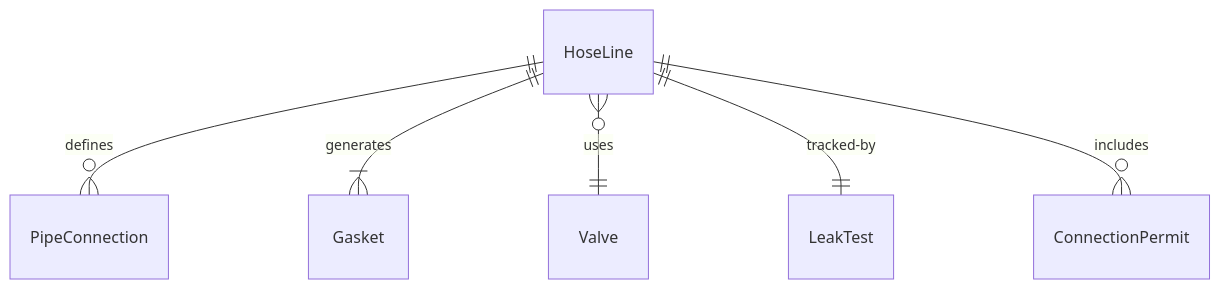
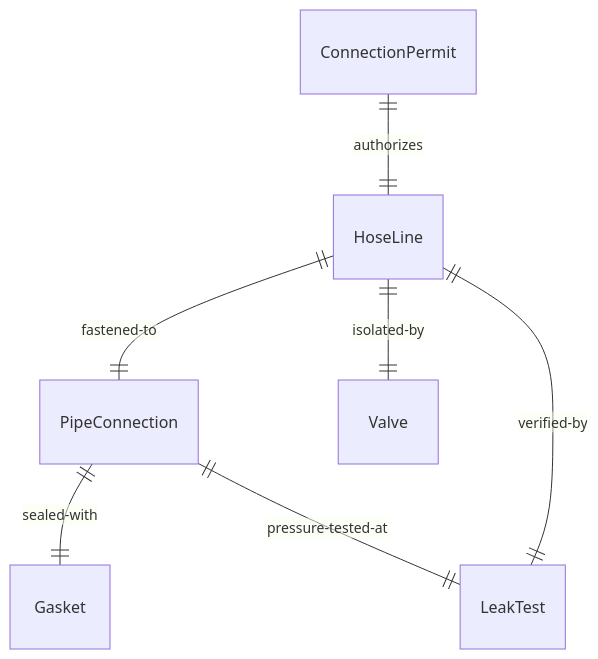
One commit to dot-org-ai/tasks.org.ai changed the first of 4 diagrams in HandlingAndMovingObjects/ConnectComponentsOrSupplyLinesToEquipmentOrTools/ConnectHosesEquipmentPiping.mdx. Above: the diagram before and after it, drawn with Mermaid. The commit also changed other lines of this file and 515 other files, not shown here.

````diff
--- a/HandlingAndMovingObjects/ConnectComponentsOrSupplyLinesToEquipmentOrTools/ConnectHosesEquipmentPiping.mdx
+++ b/HandlingAndMovingObjects/ConnectComponentsOrSupplyLinesToEquipmentOrTools/ConnectHosesEquipmentPiping.mdx
@@ -85,8 +85,9 @@
 ```mermaid
 erDiagram
-    HoseLine ||--o{ PipeConnection : "defines"
-    HoseLine ||--|{ Gasket : "generates"
-    HoseLine }o--|| Valve : "uses"
-    HoseLine ||--|| LeakTest : "tracked-by"
-    HoseLine ||--o{ ConnectionPermit : "includes"
+    ConnectionPermit ||--|| HoseLine : "authorizes"
+    HoseLine ||--|| PipeConnection : "fastened-to"
+    PipeConnection ||--|| Gasket : "sealed-with"
+    HoseLine ||--|| Valve : "isolated-by"
+    HoseLine ||--|| LeakTest : "verified-by"
+    PipeConnection ||--|| LeakTest : "pressure-tested-at"
 ```
````
